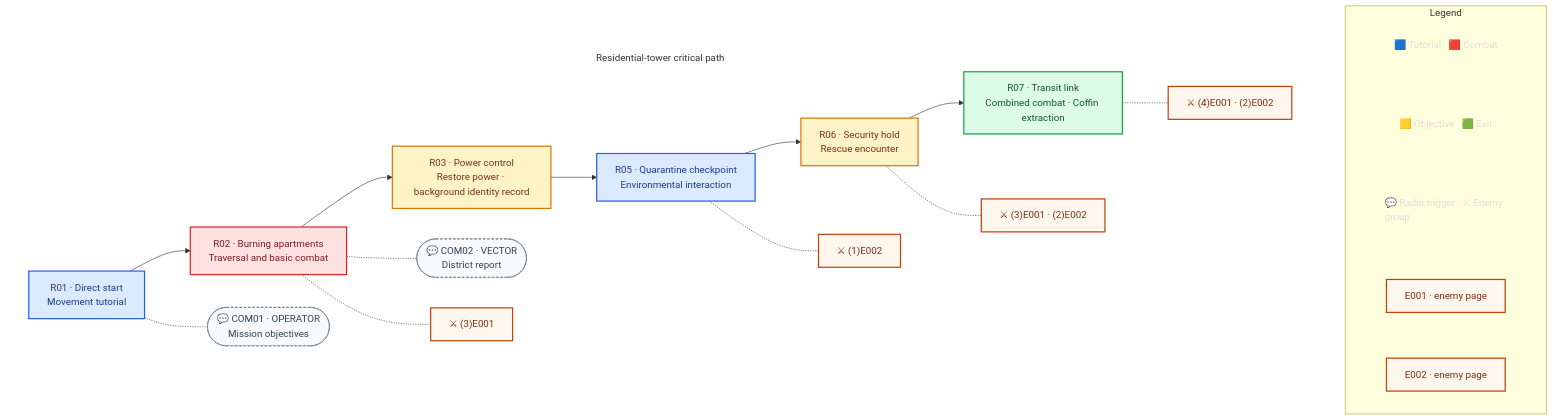
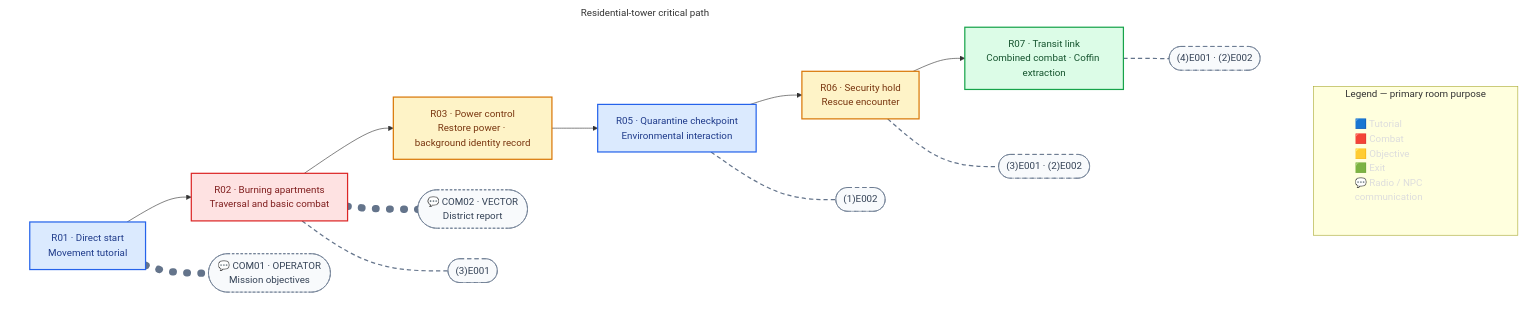
The diagram in missions/m01.md (justgook/imprint-zero), drawn with Mermaid before and after one commit. The commit also changed other lines of this file and 3 other files, not shown here.

Commit message:
🗺️(missions): restore radio dots and separate enemy groups

````diff
--- a/missions/m01.md
+++ b/missions/m01.md
@@ -20,51 +20,47 @@
 ```mermaid
 flowchart TB
-    subgraph Legend[Legend]
-        direction TB
-        L1["🟦 Tutorial · 🟥 Combat"]
-        L2["🟨 Objective · 🟩 Exit"]
-        L3["💬 Radio trigger · ⚔ Enemy group"]
-        E001["E001 · enemy page"]
-        E002["E002 · enemy page"]
-        L1 ~~~ L2 ~~~ L3 ~~~ E001 ~~~ E002
+    subgraph Legend[Legend — primary room purpose]
+        L["🟦 Tutorial<br/>🟥 Combat<br/>🟨 Objective<br/>🟩 Exit<br/>💬 Radio / NPC communication"]
     end
 
     subgraph Route[Residential-tower critical path]
         direction LR
         R01["R01 · Direct start<br/>Movement tutorial"] --> R02["R02 · Burning apartments<br/>Traversal and basic combat"]
         R02 --> R03["R03 · Power control<br/>Restore power · background identity record"]
         R03 --> R05["R05 · Quarantine checkpoint<br/>Environmental interaction"]
         R05 --> R06["R06 · Security hold<br/>Rescue encounter"]
         R06 --> R07["R07 · Transit link<br/>Combined combat · Coffin extraction"]
 
         R01 -.- COM01(["💬 COM01 · OPERATOR<br/>Mission objectives"])
         R02 -.- COM02(["💬 COM02 · VECTOR<br/>District report"])
 
-        R02 -.- R02EN["⚔ (3)E001"]
-        R05 -.- R05EN["⚔ (1)E002"]
-        R06 -.- R06EN["⚔ (3)E001 · (2)E002"]
-        R07 -.- R07EN["⚔ (4)E001 · (2)E002"]
+        R02 -.- R02EN(["(3)E001"])
+        R05 -.- R05EN(["(1)E002"])
+        R06 -.- R06EN(["(3)E001 · (2)E002"])
+        R07 -.- R07EN(["(4)E001 · (2)E002"])
     end
 
     click COM01 href "#/locale/en/dialogue.po?entry=dialogue.m01.com01"
     click COM02 href "#/locale/en/dialogue.po?entry=dialogue.m01.com02"
-    click E001 href "#/enemies/e001"
-    click E002 href "#/enemies/e002"
+    click R02EN href "#/enemies/e001"
+    click R05EN href "#/enemies/e002"
 
     classDef tutorial fill:#dbeafe,stroke:#2563eb,color:#1e3a8a,stroke-width:2px;
     classDef combat fill:#fee2e2,stroke:#dc2626,color:#7f1d1d,stroke-width:2px;
     classDef objective fill:#fef3c7,stroke:#d97706,color:#78350f,stroke-width:2px;
     classDef exit fill:#dcfce7,stroke:#16a34a,color:#14532d,stroke-width:2px;
     classDef communication fill:#f8fafc,stroke:#64748b,color:#334155,stroke-width:1px,stroke-dasharray:4 3;
-    classDef enemy fill:#fff7ed,stroke:#c2410c,color:#7c2d12,stroke-width:2px;
+    classDef enemy fill:#f8fafc,stroke:#64748b,color:#334155,stroke-width:1px,stroke-dasharray:7 5;
     classDef legend fill:none,stroke:none,color:#ddd,text-align:left;
 
     class R01,R05 tutorial;
     class R02 combat;
     class R03,R06 objective;
     class R07 exit;
     class COM01,COM02 communication;
-    class R02EN,R05EN,R06EN,R07EN,E001,E002 enemy;
-    class L1,L2,L3 legend;
+    class R02EN,R05EN,R06EN,R07EN enemy;
+    class L legend;
+    linkStyle 5,6 stroke:#64748b,stroke-width:12px,stroke-dasharray:1 22,stroke-linecap:round;
+    linkStyle 7,8,9,10 stroke:#64748b,stroke-width:2px,stroke-dasharray:7 5;
     style Route fill:none,stroke:none;
 ```
````
